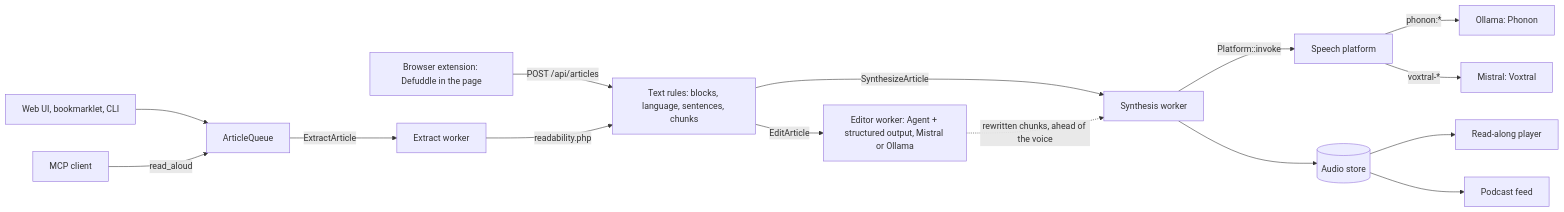
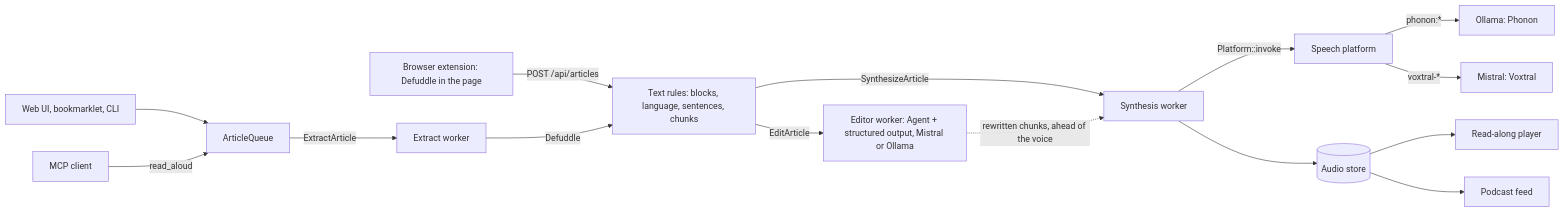
Before and after one commit to welcoMattic/crieur: the diagram in README.md, drawn with Mermaid. The commit also changed other lines of this file and 26 other files, not shown here.

````diff
--- a/README.md
+++ b/README.md
@@ -150,17 +151,17 @@
 ```mermaid
 flowchart LR
     U[Web UI, bookmarklet, CLI] --> Q[ArticleQueue]
     M[MCP client] -->|read_aloud| Q
     B[Browser extension: Defuddle in the page] -->|POST /api/articles| T
     Q -->|ExtractArticle| X[Extract worker]
-    X -->|readability.php| T[Text rules: blocks, language, sentences, chunks]
+    X -->|Defuddle| T[Text rules: blocks, language, sentences, chunks]
     T -->|EditArticle| E[Editor worker: Agent + structured output, Mistral or Ollama]
     T -->|SynthesizeArticle| S[Synthesis worker]
     E -.->|rewritten chunks, ahead of the voice| S
     S -->|Platform::invoke| P[Speech platform]
     P -->|phonon:*| O[Ollama: Phonon]
     P -->|voxtral-*| V[Mistral: Voxtral]
     S --> A[(Audio store)]
     A --> PL[Read-along player]
     A --> F[Podcast feed]
 ```
````
